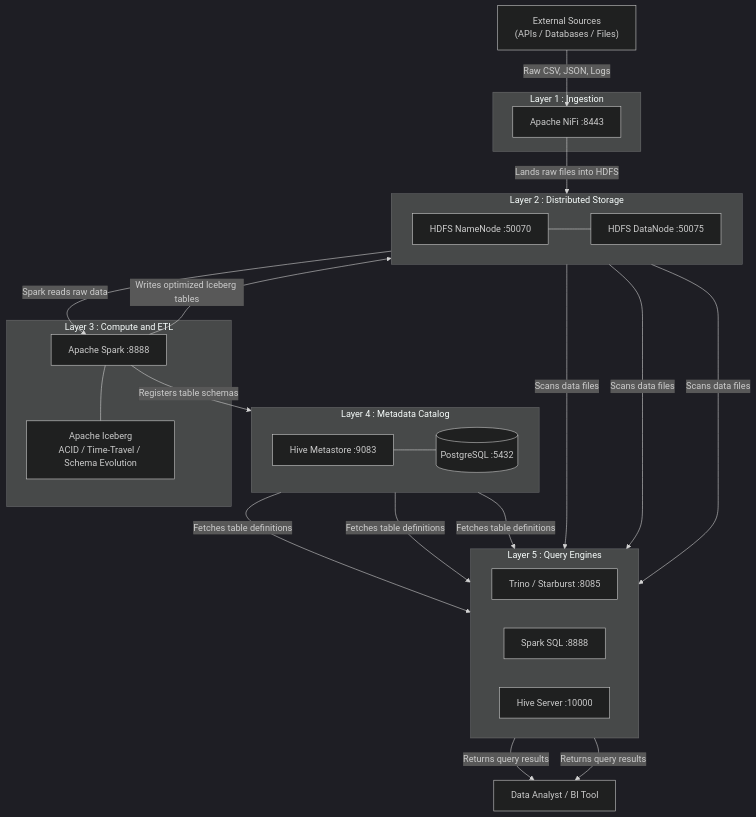
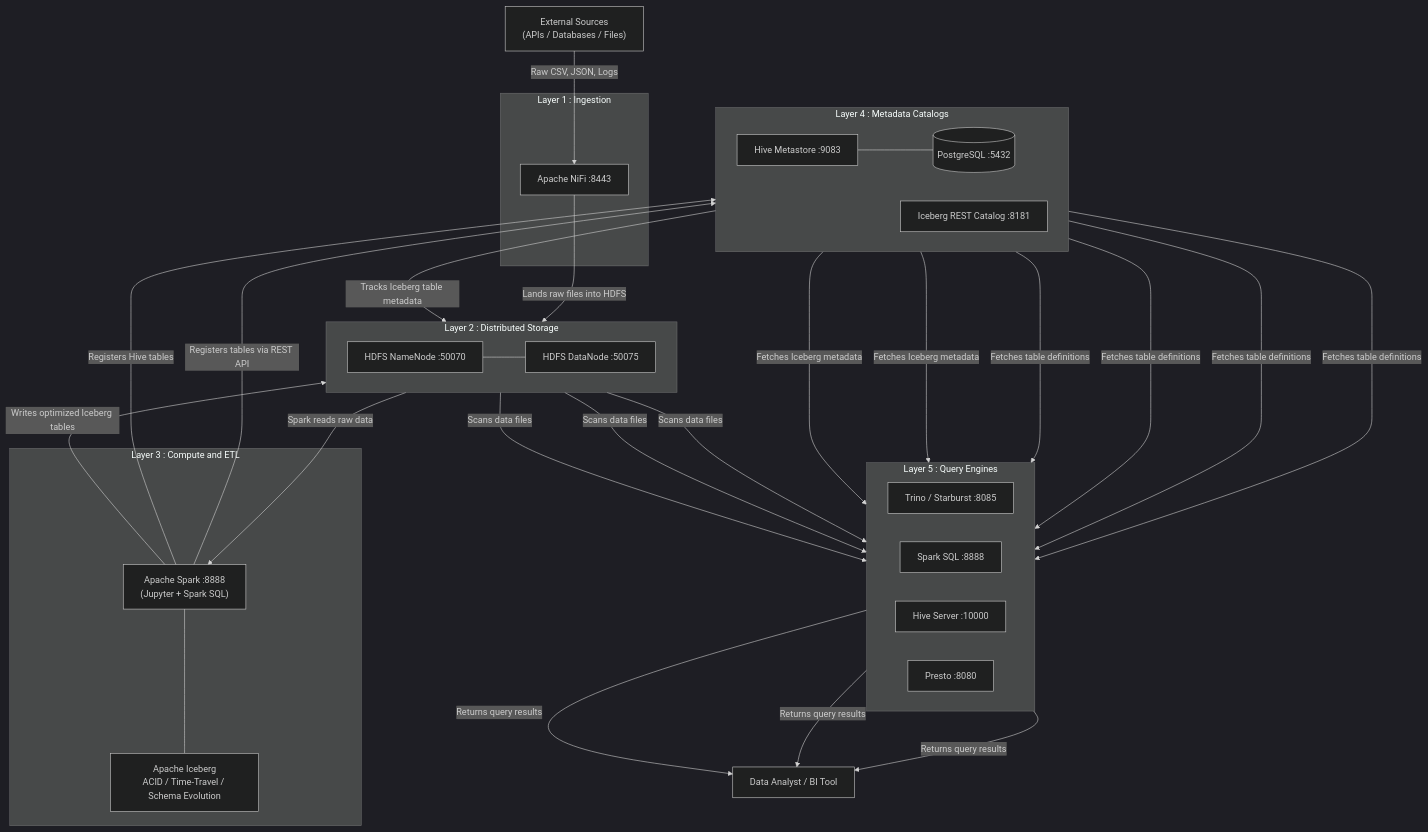
One commit to EbEmad/BigData changed the diagram in hadoop-hive-processing/README.md. Above: the diagram before and after it, drawn with Mermaid (dark theme). The commit also changed other lines of this file and 4 other files, not shown here.

````diff
--- a/hadoop-hive-processing/README.md
+++ b/hadoop-hive-processing/README.md
@@ -15,51 +15,59 @@
 ```mermaid
 flowchart TB
     ExternalSources["External Sources<br>(APIs / Databases / Files)"]
 
     subgraph L1 ["Layer 1 : Ingestion"]
         NiFi["Apache NiFi :8443"]
     end
 
     subgraph L2 ["Layer 2 : Distributed Storage"]
         direction LR
         NN["HDFS NameNode :50070"]
         DN["HDFS DataNode :50075"]
         NN --- DN
     end
 
     subgraph L3 ["Layer 3 : Compute and ETL"]
-        Spark["Apache Spark :8888"]
+        Spark["Apache Spark :8888<br>(Jupyter + Spark SQL)"]
         IcebergFmt["Apache Iceberg<br>ACID / Time-Travel / Schema Evolution"]
         Spark --- IcebergFmt
     end
 
-    subgraph L4 ["Layer 4 : Metadata Catalog"]
+    subgraph L4 ["Layer 4 : Metadata Catalogs"]
         direction LR
         HMS["Hive Metastore :9083"]
         PG[("PostgreSQL :5432")]
+        IcebergRest["Iceberg REST Catalog :8181"]
         HMS --- PG
     end
 
     subgraph L5 ["Layer 5 : Query Engines"]
         direction LR
         Trino["Trino / Starburst :8085"]
         SparkSQL["Spark SQL :8888"]
         HiveS["Hive Server :10000"]
+        Presto["Presto :8080"]
     end
 
     Analyst["Data Analyst / BI Tool"]
 
     ExternalSources -- "Raw CSV, JSON, Logs" --> NiFi
     NiFi -- "Lands raw files into HDFS" --> NN
     NN -- "Spark reads raw data" --> Spark
     Spark -- "Writes optimized Iceberg tables" --> NN
-    Spark -- "Registers table schemas" --> HMS
+    Spark -- "Registers tables via REST API" --> IcebergRest
+    Spark -- "Registers Hive tables" --> HMS
+    IcebergRest -- "Tracks Iceberg table metadata" --> NN
     HMS -- "Fetches table definitions" --> Trino
     HMS -- "Fetches table definitions" --> SparkSQL
     HMS -- "Fetches table definitions" --> HiveS
+    HMS -- "Fetches table definitions" --> Presto
+    IcebergRest -- "Fetches Iceberg metadata" --> Trino
+    IcebergRest -- "Fetches Iceberg metadata" --> SparkSQL
     NN -- "Scans data files" --> Trino
     NN -- "Scans data files" --> SparkSQL
     NN -- "Scans data files" --> HiveS
     Trino -- "Returns query results" --> Analyst
     SparkSQL -- "Returns query results" --> Analyst
+    HiveS -- "Returns query results" --> Analyst
 ```
````
